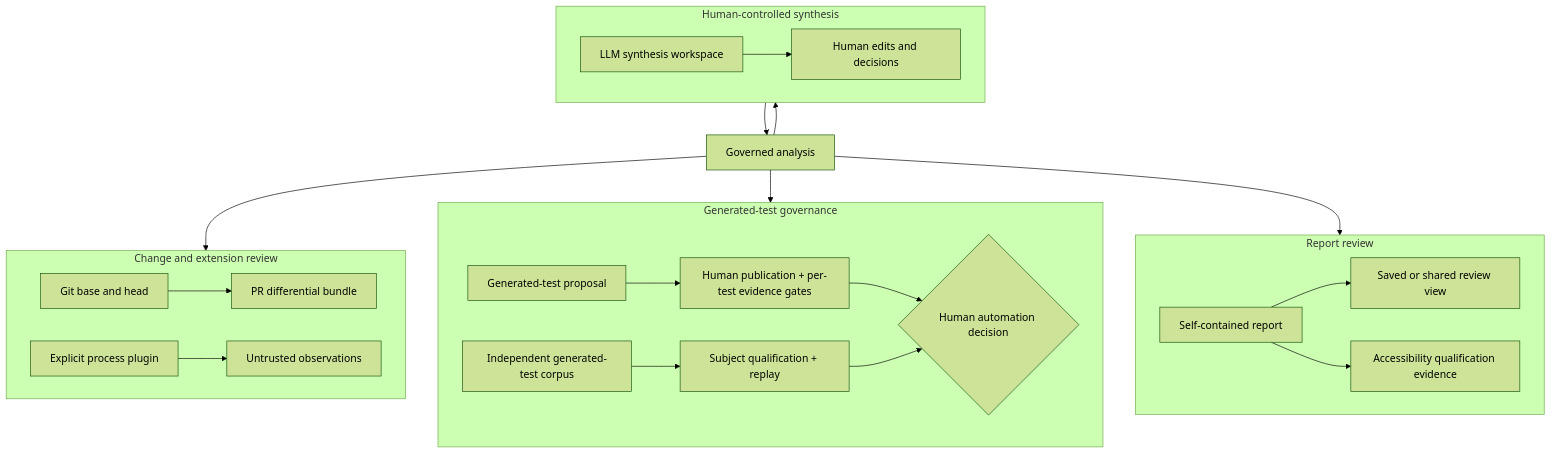
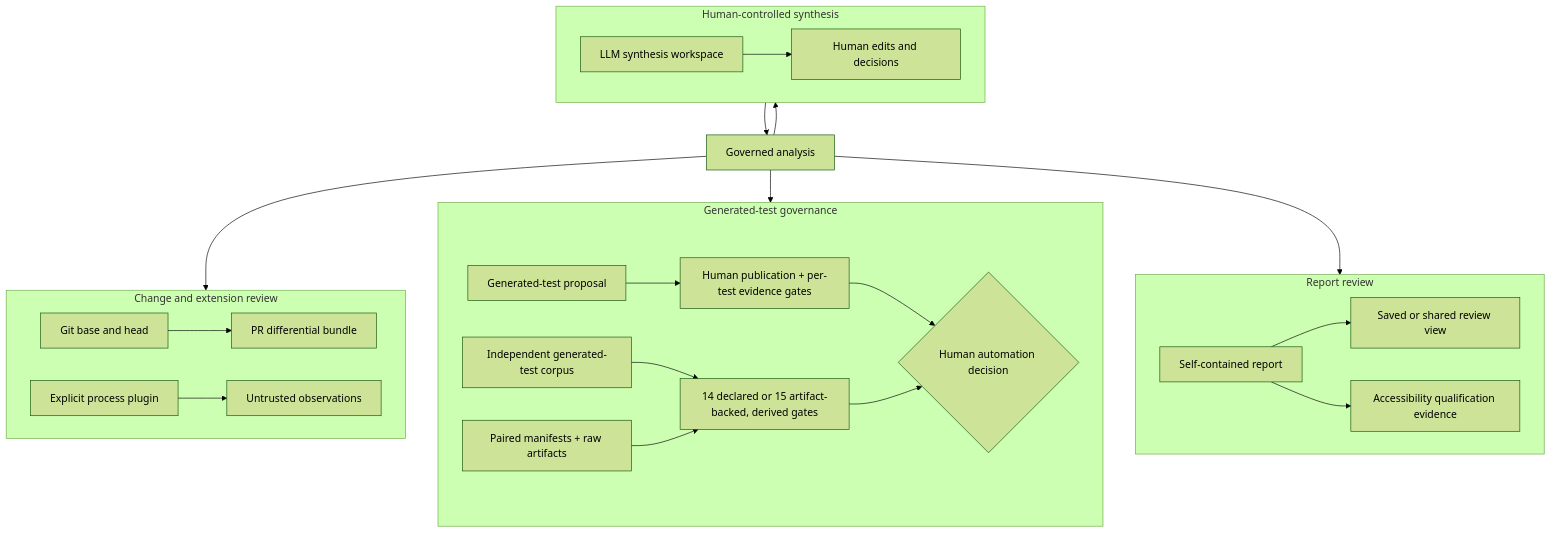
The diagram in docs/ADVANCED_REVIEW.md (willtran87/project-py-sfmea), drawn with Mermaid (forest theme) before and after one commit. The commit also changed 11 other files, not shown here.

Commit message:
Refresh generated-test documentation and diagrams

````diff
--- a/docs/ADVANCED_REVIEW.md
+++ b/docs/ADVANCED_REVIEW.md
@@ -6,30 +6,31 @@
 ```mermaid
 flowchart TB
     A["Governed analysis"]
     subgraph REPORT["Report review"]
         direction LR
         R["Self-contained report"] --> V["Saved or shared review view"]
         R --> Q["Accessibility qualification evidence"]
     end
     subgraph SYNTHESIS["Human-controlled synthesis"]
         direction LR
         L["LLM synthesis workspace"] --> H["Human edits and decisions"]
     end
     subgraph TESTS["Generated-test governance"]
         direction LR
         T["Generated-test proposal"] --> E["Human publication + per-test evidence gates"]
-        C["Independent generated-test corpus"] --> M["Subject qualification + replay"]
+        C["Independent generated-test corpus"] --> M["14 declared or 15 artifact-backed, derived gates"]
+        F["Paired manifests + raw artifacts"] --> M
         E --> D{"Human automation decision"}
         M --> D
     end
     subgraph EXTENSIONS["Change and extension review"]
         direction LR
         G["Git base and head"] --> P["PR differential bundle"]
         X["Explicit process plugin"] --> O["Untrusted observations"]
     end
     A --> R
     A --> L
     H --> A
     A --> T
     A --> X
 ```
````
